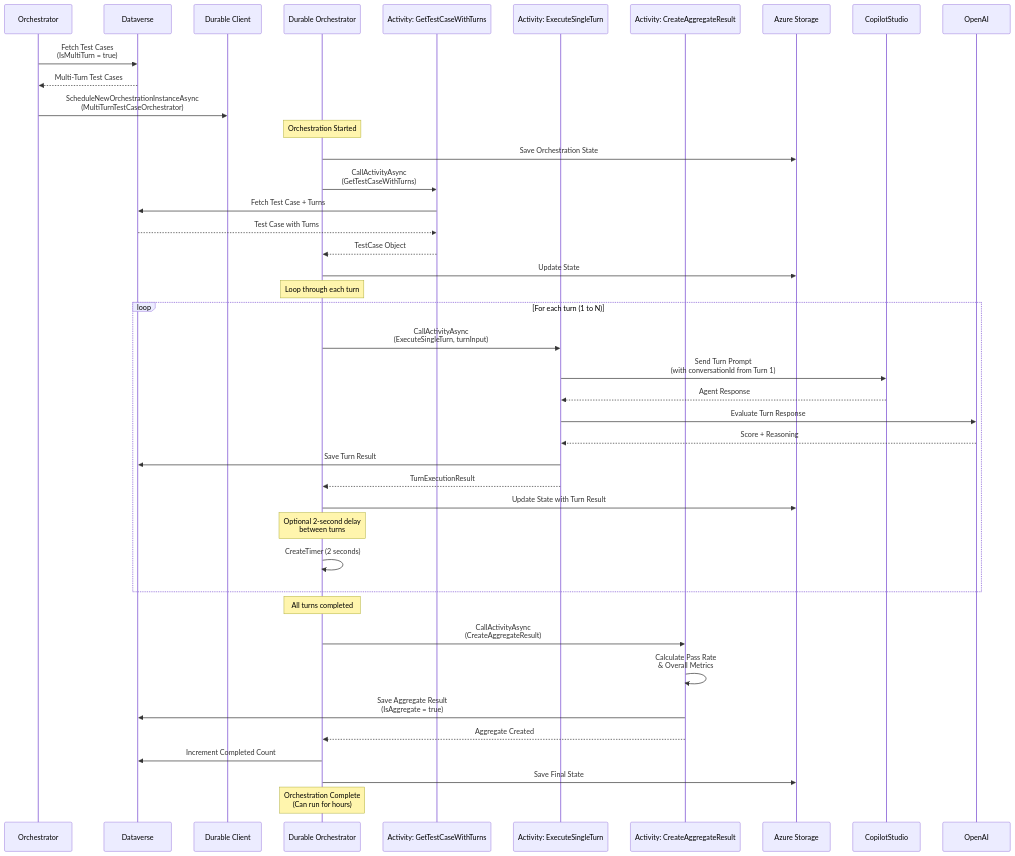
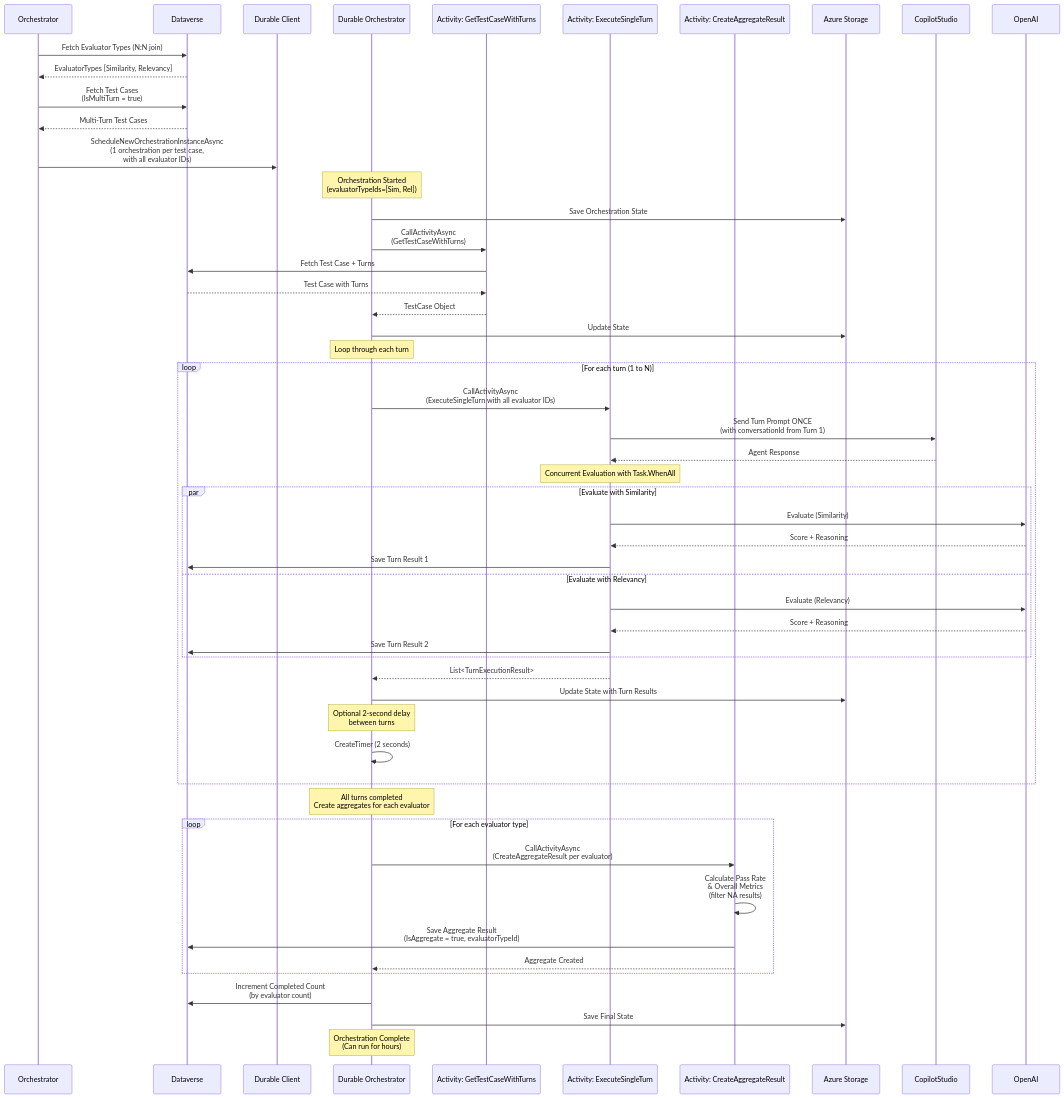
Before and after one commit to smfpride/ai-agent-evaluation: the fourth of 7 diagrams in docs/ARCHITECTURE.md, drawn with Mermaid. The commit also changed other lines of this file and 2 other files, not shown here.

Commit message:
docs: complete documentation for multi-evaluator support with efficiency optimizations

````diff
--- a/docs/ARCHITECTURE.md
+++ b/docs/ARCHITECTURE.md
@@ -702,54 +758,68 @@
 ```mermaid
 sequenceDiagram
     participant Orchestrator
     participant Dataverse
     participant DurableClient as Durable Client
     participant DurableOrch as Durable Orchestrator
     participant GetTurns as Activity: GetTestCaseWithTurns
     participant ExecTurn as Activity: ExecuteSingleTurn
     participant CreateAgg as Activity: CreateAggregateResult
     participant Storage as Azure Storage
     participant CopilotStudio
     participant OpenAI
 
+    Orchestrator->>Dataverse: Fetch Evaluator Types (N:N join)
+    Dataverse-->>Orchestrator: EvaluatorTypes [Similarity, Relevancy]
     Orchestrator->>Dataverse: Fetch Test Cases<br/>(IsMultiTurn = true)
     Dataverse-->>Orchestrator: Multi-Turn Test Cases
-    Orchestrator->>DurableClient: ScheduleNewOrchestrationInstanceAsync<br/>(MultiTurnTestCaseOrchestrator)
+    Orchestrator->>DurableClient: ScheduleNewOrchestrationInstanceAsync<br/>(1 orchestration per test case,<br/>with all evaluator IDs)
     
-    Note over DurableOrch: Orchestration Started
+    Note over DurableOrch: Orchestration Started<br/>(evaluatorTypeIds=[Sim, Rel])
     DurableOrch->>Storage: Save Orchestration State
     
     DurableOrch->>GetTurns: CallActivityAsync<br/>(GetTestCaseWithTurns)
     GetTurns->>Dataverse: Fetch Test Case + Turns
     Dataverse-->>GetTurns: Test Case with Turns
     GetTurns-->>DurableOrch: TestCase Object
     
     DurableOrch->>Storage: Update State
     
     Note over DurableOrch: Loop through each turn
     
     loop For each turn (1 to N)
-        DurableOrch->>ExecTurn: CallActivityAsync<br/>(ExecuteSingleTurn, turnInput)
-        ExecTurn->>CopilotStudio: Send Turn Prompt<br/>(with conversationId from Turn 1)
+        DurableOrch->>ExecTurn: CallActivityAsync<br/>(ExecuteSingleTurn with all evaluator IDs)
+        ExecTurn->>CopilotStudio: Send Turn Prompt ONCE<br/>(with conversationId from Turn 1)
         CopilotStudio-->>ExecTurn: Agent Response
-        ExecTurn->>OpenAI: Evaluate Turn Response
-        OpenAI-->>ExecTurn: Score + Reasoning
-        ExecTurn->>Dataverse: Save Turn Result
-        ExecTurn-->>DurableOrch: TurnExecutionResult
-        DurableOrch->>Storage: Update State with Turn Result
+        
+        Note over ExecTurn: Concurrent Evaluation with Task.WhenAll
+        par Evaluate with Similarity
+            ExecTurn->>OpenAI: Evaluate (Similarity)
+            OpenAI-->>ExecTurn: Score + Reasoning
+            ExecTurn->>Dataverse: Save Turn Result 1
+        and Evaluate with Relevancy
+            ExecTurn->>OpenAI: Evaluate (Relevancy)
+            OpenAI-->>ExecTurn: Score + Reasoning
+            ExecTurn->>Dataverse: Save Turn Result 2
+        end
+        
+        ExecTurn-->>DurableOrch: List<TurnExecutionResult>
+        DurableOrch->>Storage: Update State with Turn Results
         
         Note over DurableOrch: Optional 2-second delay<br/>between turns
         DurableOrch->>DurableOrch: CreateTimer (2 seconds)
     end
     
-    Note over DurableOrch: All turns completed
-    DurableOrch->>CreateAgg: CallActivityAsync<br/>(CreateAggregateResult)
-    CreateAgg->>CreateAgg: Calculate Pass Rate<br/>& Overall Metrics
-    CreateAgg->>Dataverse: Save Aggregate Result<br/>(IsAggregate = true)
-    CreateAgg-->>DurableOrch: Aggregate Created
+    Note over DurableOrch: All turns completed<br/>Create aggregates for each evaluator
     
-    DurableOrch->>Dataverse: Increment Completed Count
+    loop For each evaluator type
+        DurableOrch->>CreateAgg: CallActivityAsync<br/>(CreateAggregateResult per evaluator)
+        CreateAgg->>CreateAgg: Calculate Pass Rate<br/>& Overall Metrics<br/>(filter NA results)
+        CreateAgg->>Dataverse: Save Aggregate Result<br/>(IsAggregate = true, evaluatorTypeId)
+        CreateAgg-->>DurableOrch: Aggregate Created
+    end
+    
+    DurableOrch->>Dataverse: Increment Completed Count<br/>(by evaluator count)
     DurableOrch->>Storage: Save Final State
     
     Note over DurableOrch: Orchestration Complete<br/>(Can run for hours)
 ```
````
